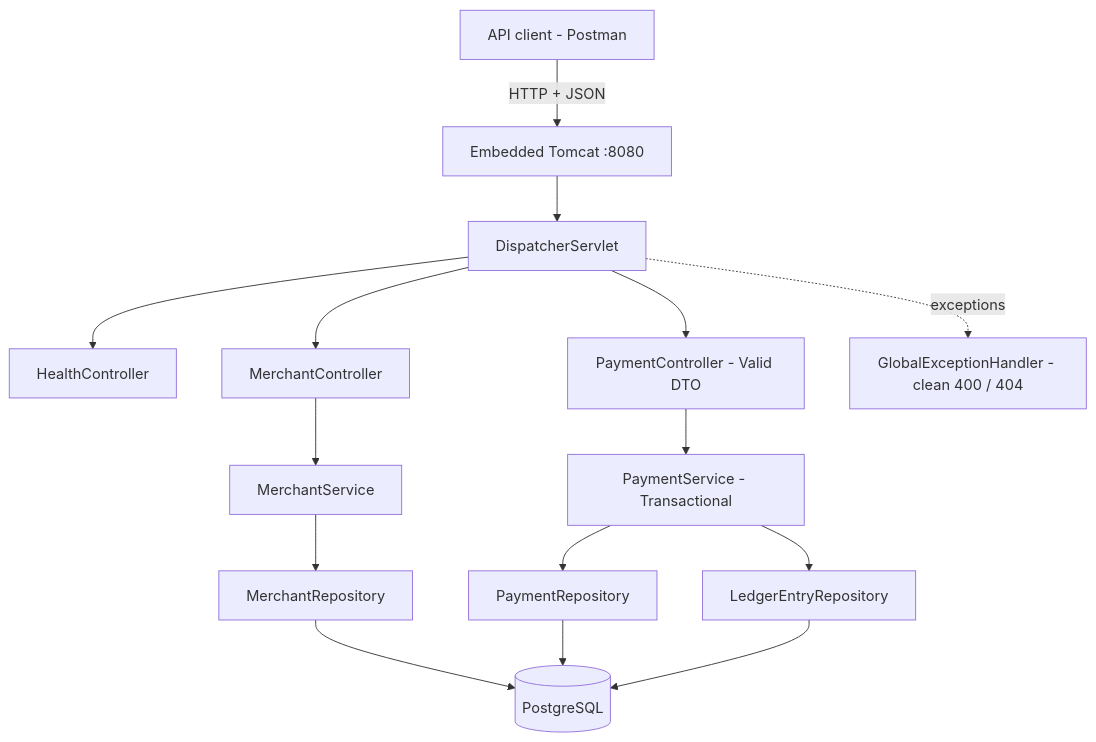
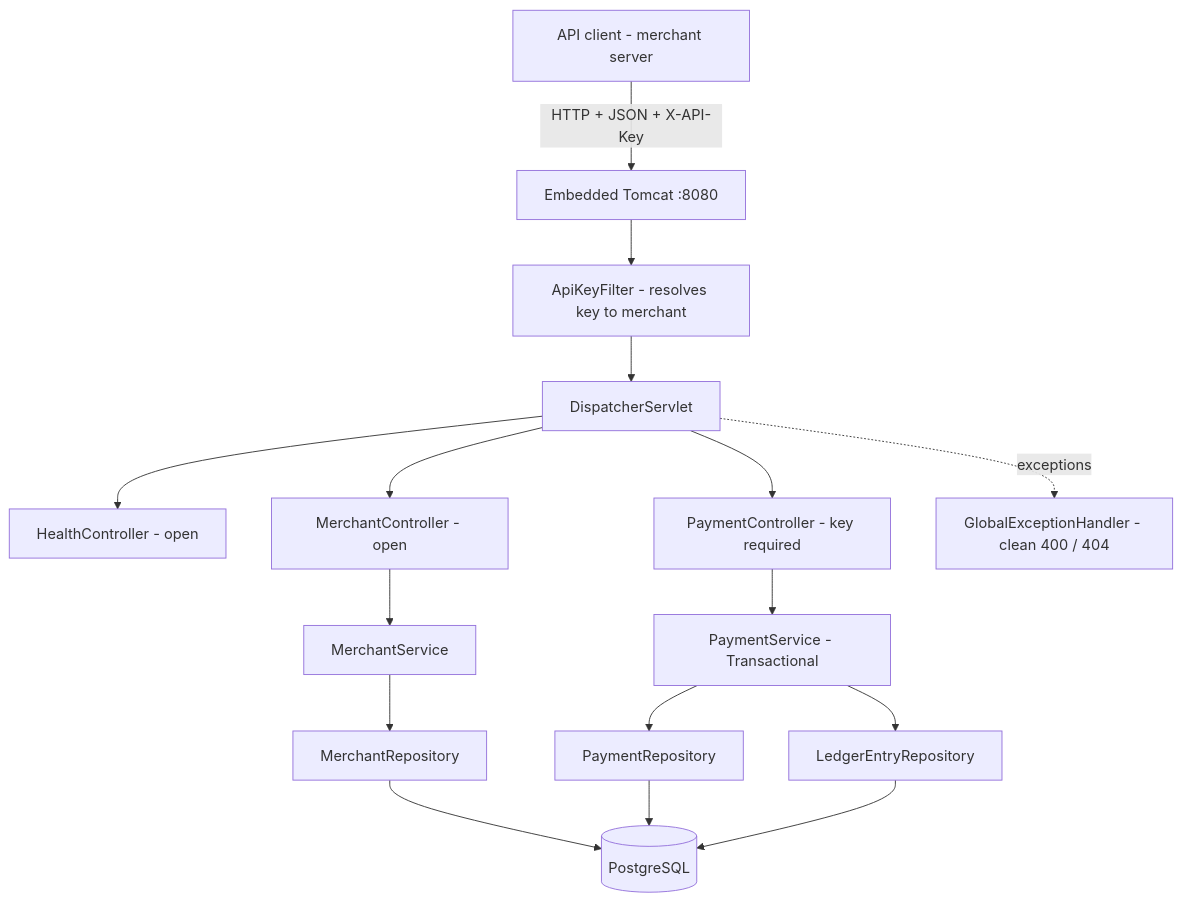
The diagram in docs/architecture.md (ARV0007/transakt), drawn with Mermaid before and after one commit. The commit also changed other lines of this file and 2 other files, not shown here.

Commit message:
docs: day 7 notes, worklog and architecture v0.7

`````diff
--- a/docs/architecture.md
+++ b/docs/architecture.md
@@ -5,18 +5,19 @@
 ````mermaid
 flowchart TD
-  client[API client - Postman]
-  client -->|HTTP + JSON| tomcat[Embedded Tomcat :8080]
-  tomcat --> dispatcher[DispatcherServlet]
-  dispatcher --> health[HealthController]
-  dispatcher --> mc[MerchantController]
-  dispatcher --> pc[PaymentController - Valid DTO]
+  client[API client - merchant server]
+  client -->|HTTP + JSON + X-API-Key| tomcat[Embedded Tomcat :8080]
+  tomcat --> filter[ApiKeyFilter - resolves key to merchant]
+  filter --> dispatcher[DispatcherServlet]
+  dispatcher --> health[HealthController - open]
+  dispatcher --> mc[MerchantController - open]
+  dispatcher --> pc[PaymentController - key required]
   dispatcher -.->|exceptions| geh[GlobalExceptionHandler - clean 400 / 404]
   mc --> ms[MerchantService]
   pc --> ps[PaymentService - Transactional]
   ms --> mr[MerchantRepository]
   ps --> pr[PaymentRepository]
   ps --> lr[LedgerEntryRepository]
   mr --> db[(PostgreSQL)]
   pr --> db
   lr --> db
 ````
`````
